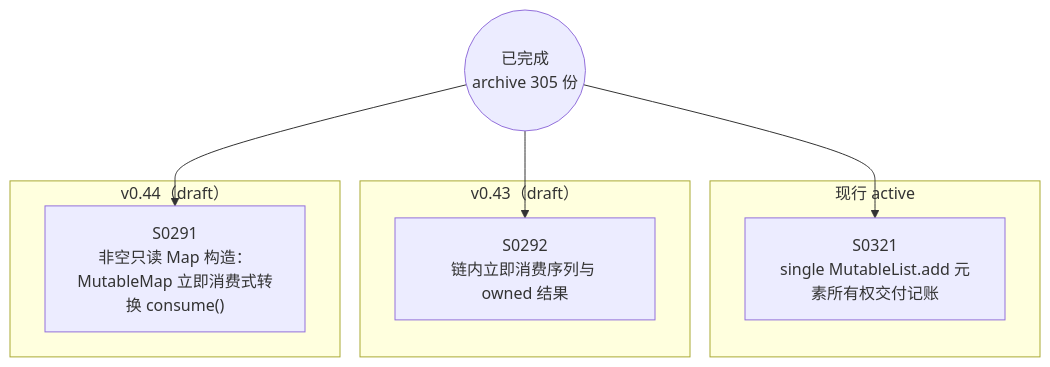
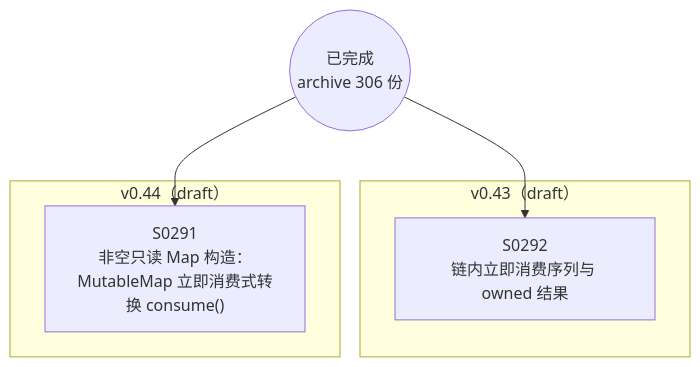
Before and after one commit to Halckon/Koven: the diagram in docs/specs/dependency-graph.md, drawn with Mermaid. The commit also changed other lines of this file and 9 other files, not shown here.

````diff
--- a/docs/specs/dependency-graph.md
+++ b/docs/specs/dependency-graph.md
@@ -9,16 +9,12 @@
 ```mermaid
 flowchart TD
-ARCH(("已完成<br/>archive 305 份"))
-subgraph Gactive["现行 active"]
-  S0321["S0321<br/>single MutableList.add 元素所有权交付记账"]
-end
+ARCH(("已完成<br/>archive 306 份"))
 subgraph Gdrafts_v043["v0.43（draft）"]
   S0292["S0292<br/>链内立即消费序列与 owned 结果"]
 end
 subgraph Gdrafts_v044["v0.44（draft）"]
   S0291["S0291<br/>非空只读 Map 构造：MutableMap 立即消费式转换 consume()"]
 end
 ARCH --> S0291
 ARCH --> S0292
-ARCH --> S0321
 ```
````
